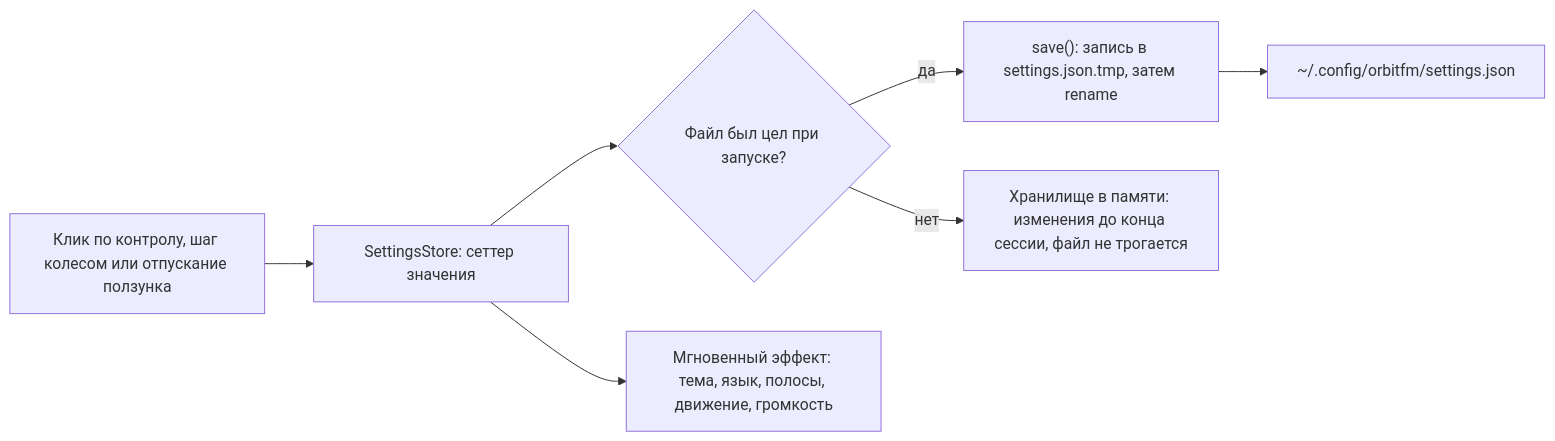
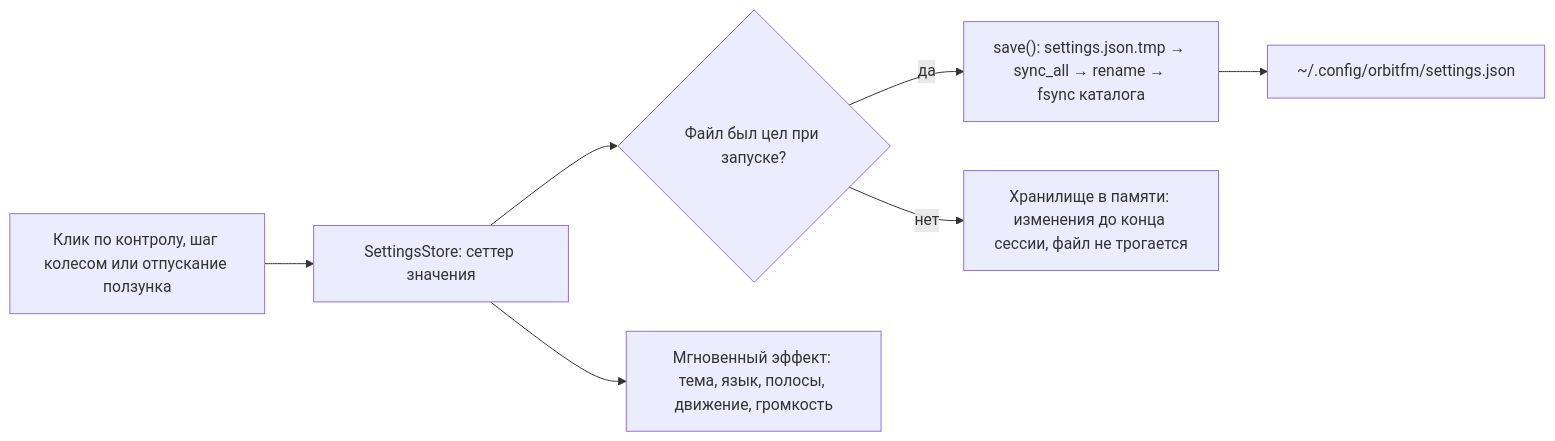
The diagram in docs/wiki/04-Настройки-и-язык.md (ModernByte/orbitfm), drawn with Mermaid before and after one commit. The commit also changed other lines of this file and 48 other files, not shown here.

````diff
--- a/docs/wiki/04-Настройки-и-язык.md
+++ b/docs/wiki/04-Настройки-и-язык.md
@@ -196,9 +197,9 @@
 ```mermaid
 flowchart LR
     A["Клик по контролу, шаг колесом или отпускание ползунка"] --> B["SettingsStore: сеттер значения"]
     B --> C{"Файл был цел при запуске?"}
-    C -- "да" --> D["save(): запись в settings.json.tmp, затем rename"]
+    C -- "да" --> D["save(): settings.json.tmp → sync_all → rename → fsync каталога"]
     C -- "нет" --> E["Хранилище в памяти: изменения до конца сессии, файл не трогается"]
     D --> F["~/.config/orbitfm/settings.json"]
     B --> G["Мгновенный эффект: тема, язык, полосы, движение, громкость"]
 ```
````
